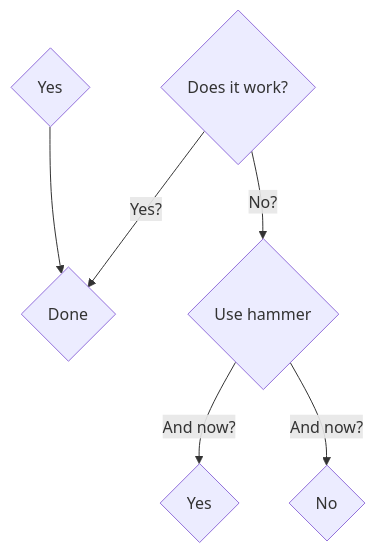
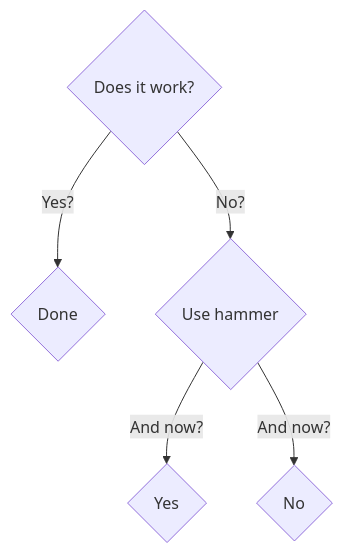
One commit to ch3ll0v3k/ch3ll0v3k.github.io changed the diagram in README.md. Above: the diagram before and after it, drawn with Mermaid.

Commit message:
"mermaid flowchart/flowchart test"

````diff
--- a/README.md
+++ b/README.md
@@ -4,9 +4,7 @@
 ```mermaid
 flowchart TD;
   start{Does it work?} -- Yes? --> jobDone{Done};
   start{Does it work?} -- No? --> no_1{Use hammer};
   no_1{Use hammer} -- And now? --> yes_1{Yes};
   no_1{Use hammer} -- And now? --> no_2{No};
-  yes{Yes} --> jobDone{Done}
-
 ```
````
